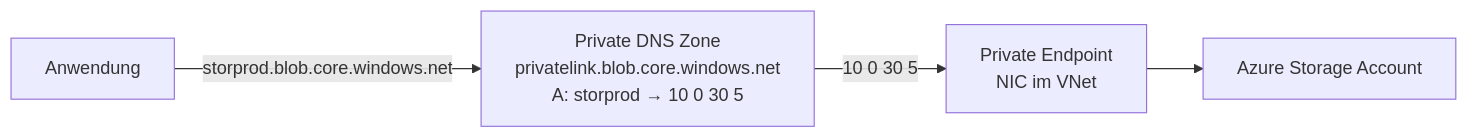
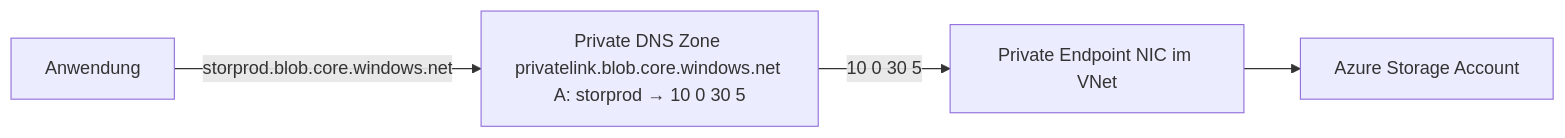
Before and after one commit to SoniiiT/notes-n-docs: the seventh of 8 diagrams in Microsoft 365/Azure/Netzwerk/Azure DNS.md, drawn with Mermaid. The commit also changed other lines of this file and 124 other files, not shown here.

First line of the commit message:
fix: Entferne \n aus allen Mermaid-Diagrammen (125 Dateien)

````diff
--- a/Microsoft 365/Azure/Netzwerk/Azure DNS.md
+++ b/Microsoft 365/Azure/Netzwerk/Azure DNS.md
@@ -280,6 +280,6 @@
 ```mermaid
 graph LR
-    APP[Anwendung] -->|storprod.blob.core.windows.net| PE_DNS[Private DNS Zone\nprivatelink.blob.core.windows.net\nA: storprod → 10 0 30 5]
-    PE_DNS -->|10 0 30 5| PE[Private Endpoint\nNIC im VNet]
+    APP[Anwendung] -->|storprod.blob.core.windows.net| PE_DNS[Private DNS Zone privatelink.blob.core.windows.net A: storprod → 10 0 30 5]
+    PE_DNS -->|10 0 30 5| PE[Private Endpoint NIC im VNet]
     PE --> STORAGE[Azure Storage Account]
 ```
````
